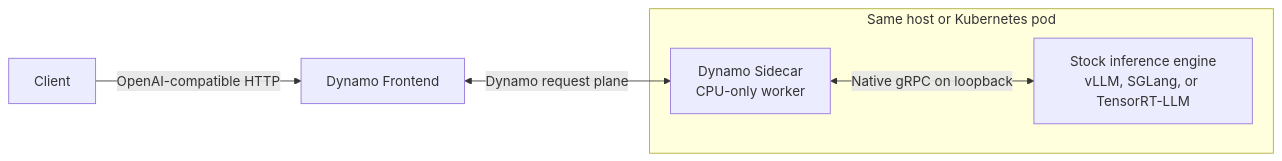
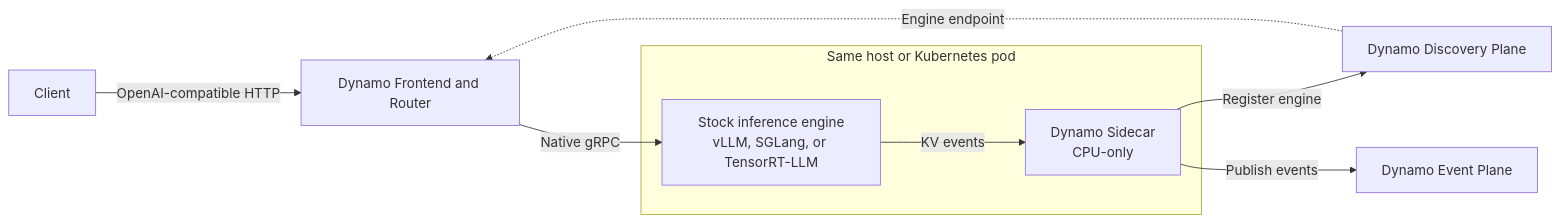
One commit to ai-dynamo/dynamo changed the diagram in docs/fern/design-docs/sidecar-backends.md. Above: the diagram before and after it, drawn with Mermaid. The commit also changed other lines of this file and 1 other file, not shown here.

Commit message:
docs: correct sidecar request path

````diff
--- a/docs/fern/design-docs/sidecar-backends.md
+++ b/docs/fern/design-docs/sidecar-backends.md
@@ -30,9 +31,15 @@
 ```mermaid
 flowchart LR
-  C[Client] -->|OpenAI-compatible HTTP| F[Dynamo Frontend]
-  F <-->|Dynamo request plane| S[Dynamo Sidecar<br/>CPU-only worker]
+  C[Client] -->|OpenAI-compatible HTTP| F[Dynamo Frontend and Router]
+  D[Dynamo Discovery Plane] -.->|Engine endpoint| F
 
   subgraph H[Same host or Kubernetes pod]
-    S <-->|Native gRPC on loopback| E[Stock inference engine<br/>vLLM, SGLang, or TensorRT-LLM]
+    E[Stock inference engine<br/>vLLM, SGLang, or TensorRT-LLM]
+    S[Dynamo Sidecar<br/>CPU-only]
   end
+
+  F -->|Native gRPC| E
+  S -->|Register engine| D
+  E -->|KV events| S
+  S -->|Publish events| V[Dynamo Event Plane]
 ```
````
